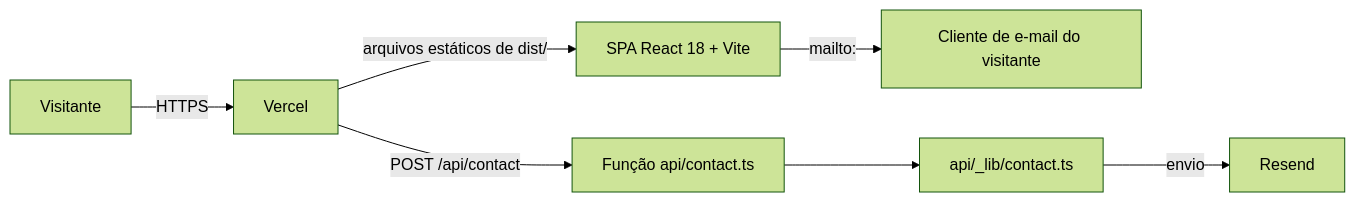
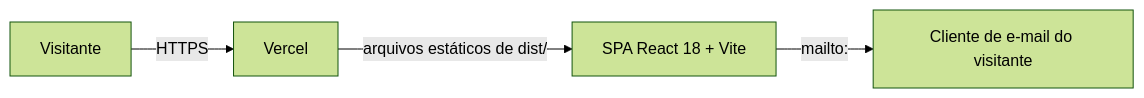
One commit to SamiaLuvanice/Personal_Portfolio changed the diagram in docs/architecture.md. Above: the diagram before and after it, drawn with Mermaid (forest theme). The commit also changed other lines of this file and 10 other files, not shown here.

````diff
--- a/docs/architecture.md
+++ b/docs/architecture.md
@@ -5,9 +5,6 @@
 ```mermaid
 flowchart LR
   V[Visitante] -->|HTTPS| E[Vercel]
   E -->|arquivos estáticos de dist/| S[SPA React 18 + Vite]
-  E -->|POST /api/contact| F[Função api/contact.ts]
   S -->|mailto:| M[Cliente de e-mail do visitante]
-  F --> L[api/_lib/contact.ts]
-  L -->|envio| R[Resend]
 ```
````
